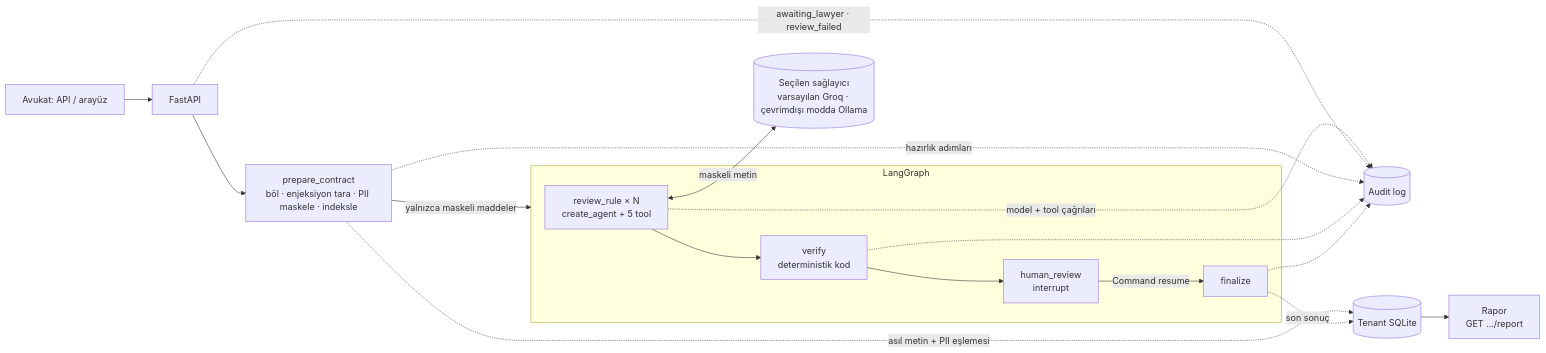
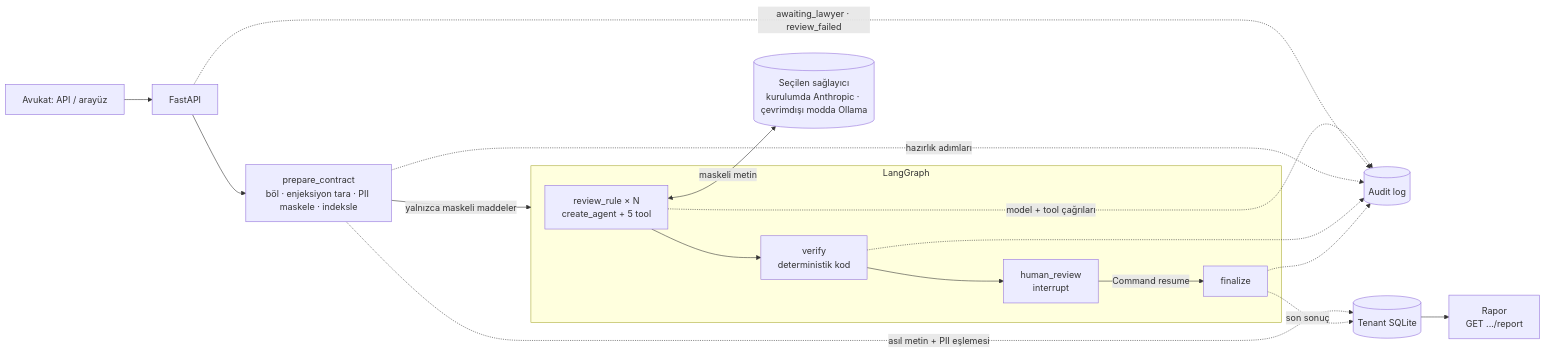
Before and after one commit to efeboyacim/uplico-ai: the diagram in docs/architecture.md, drawn with Mermaid. The commit also changed other lines of this file and 9 other files, not shown here.

````diff
--- a/docs/architecture.md
+++ b/docs/architecture.md
@@ -15,20 +15,20 @@
 ```mermaid
 flowchart LR
     U[Avukat: API / arayüz] --> API[FastAPI]
     API --> P[prepare_contract<br/>böl · enjeksiyon tara · PII maskele · indeksle]
     P -->|yalnızca maskeli maddeler| G
     subgraph G[LangGraph]
         A[review_rule × N<br/>create_agent + 5 tool] --> V[verify<br/>deterministik kod]
         V --> H[human_review<br/>interrupt]
         H -->|Command resume| F[finalize]
     end
-    A <-->|maskeli metin| LLM[(Seçilen sağlayıcı<br/>varsayılan Groq · çevrimdışı modda Ollama)]
+    A <-->|maskeli metin| LLM[(Seçilen sağlayıcı<br/>kurulumda Anthropic · çevrimdışı modda Ollama)]
     A -. model + tool çağrıları .-> AUD[(Audit log)]
     API -. awaiting_lawyer · review_failed .-> AUD
     P -. hazırlık adımları .-> AUD
     V -.-> AUD
     F -.-> AUD
     P -. asıl metin + PII eşlemesi .-> DB[(Tenant SQLite)]
     F -. son sonuç .-> DB
     DB --> R[Rapor<br/>GET .../report]
 ```
````
